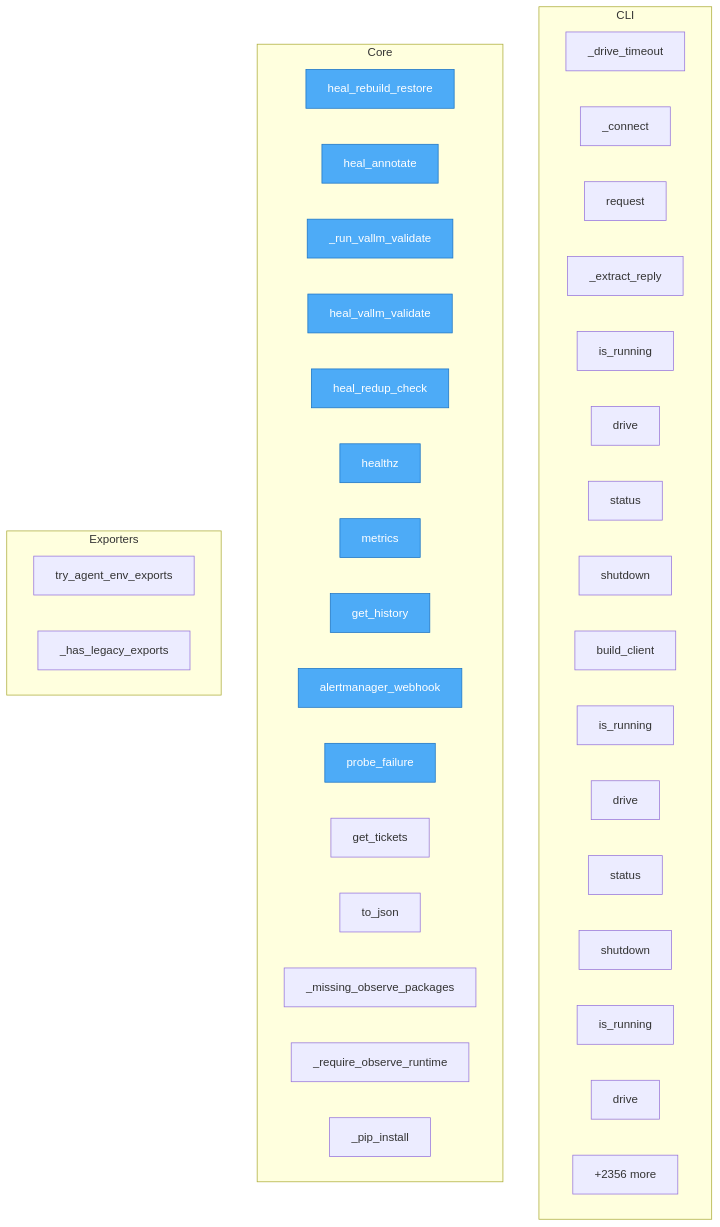
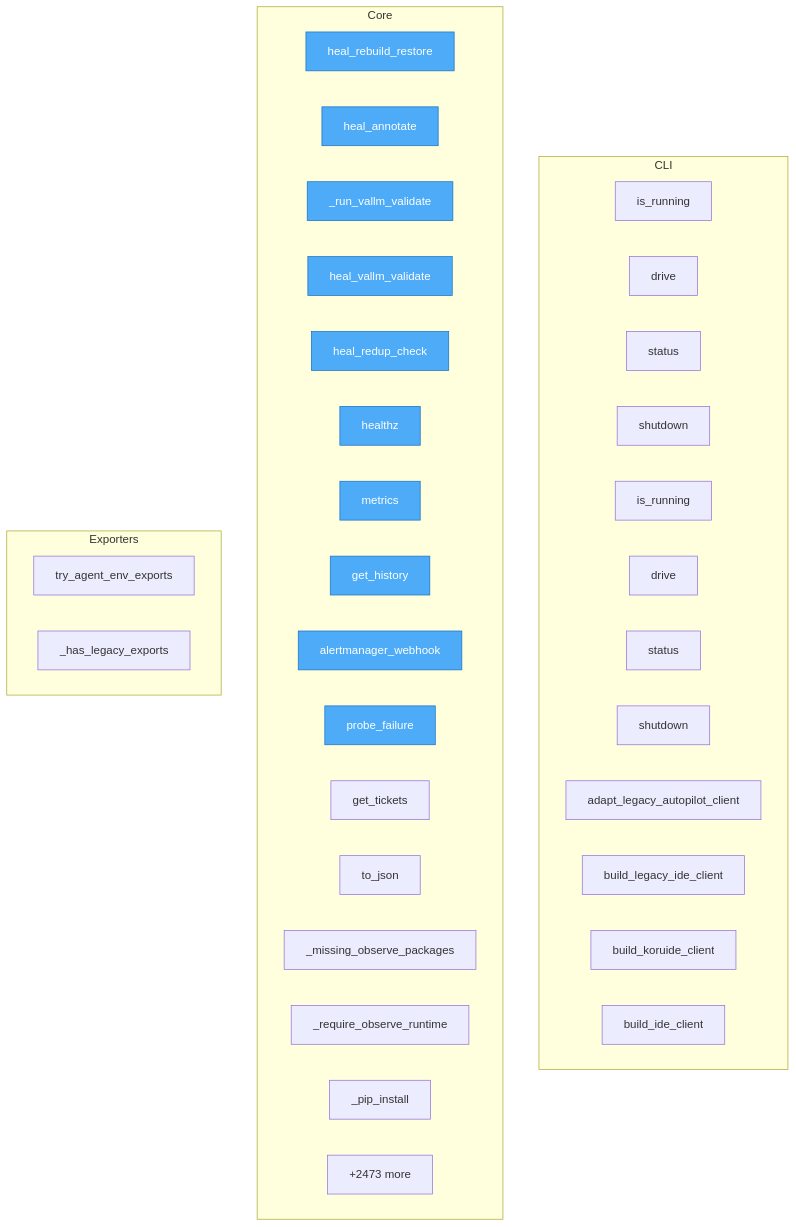
The diagram in project/flow.mmd (semcod/koru), drawn with Mermaid before and after one commit. The commit also changed 39 other files, not shown here.

First line of the commit message:
refactor(R5b): extract handoff command to koru/autopilot/commands/handoff.py

```diff
--- a/project/flow.mmd
+++ b/project/flow.mmd
@@ -1,50 +1,46 @@
 flowchart TD
-%% generated in 0.16s
+%% generated in 0.44s
 
     %% Entry points (blue)
     classDef entry fill:#4dabf7,stroke:#1971c2,color:#fff
 
     subgraph CLI
-        koruide__client__KoruIDEClient___drive_timeout["_drive_timeout"]
-        koruide__client__KoruIDEClient___connect["_connect"]
-        koruide__client__KoruIDEClient__request["request"]
-        koruide__client__KoruIDEClient___extract_reply["_extract_reply"]
-        koruide__client__KoruIDEClient__is_running["is_running"]
-        koruide__client__KoruIDEClient__drive["drive"]
-        koruide__client__KoruIDEClient__status["status"]
-        koruide__client__KoruIDEClient__shutdown["shutdown"]
-        koruide__client__build_client["build_client"]
         koru__ide_client__IDEControlClient__is_running["is_running"]
         koru__ide_client__IDEControlClient__drive["drive"]
         koru__ide_client__IDEControlClient__status["status"]
         koru__ide_client__IDEControlClient__shutdown["shutdown"]
         koru__ide_client__LegacyAutopilotClientAdapter__is_running["is_running"]
         koru__ide_client__LegacyAutopilotClientAdapter__drive["drive"]
-        ...["+6 more"]
+        koru__ide_client__LegacyAutopilotClientAdapter__status["status"]
+        koru__ide_client__LegacyAutopilotClientAdapter__shutdown["shutdown"]
+        koru__ide_client__adapt_legacy_autopilot_client["adapt_legacy_autopilot_client"]
+        koru__ide_client__build_legacy_ide_client["build_legacy_ide_client"]
+        koru__ide_client__build_koruide_client["build_koruide_client"]
+        koru__ide_client__build_ide_client["build_ide_client"]
     end
 
     subgraph Core
         services__healing_webhook__app__heal_rebuild_restore["heal_rebuild_restore"]
         services__healing_webhook__app__heal_annotate["heal_annotate"]
         services__healing_webhook__app___run_vallm_validate["_run_vallm_validate"]
         services__healing_webhook__app__heal_vallm_validate["heal_vallm_validate"]
         services__healing_webhook__app__heal_redup_check["heal_redup_check"]
         services__healing_webhook__app__healthz["healthz"]
         services__healing_webhook__app__metrics["metrics"]
         services__healing_webhook__app__get_history["get_history"]
         services__healing_webhook__app__alertmanager_webhook["alertmanager_webhook"]
         services__healing_webhook__app__probe_failure["probe_failure"]
         services__healing_webhook__app__get_tickets["get_tickets"]
         src__koruobserve__lifecycle__ObserveProcesses__to_json["to_json"]
         src__koruobserve__cli___missing_observe_packages["_missing_observe_packages"]
         src__koruobserve__cli___require_observe_runtime["_require_observe_runtime"]
         src__koruobserve__cli___pip_install["_pip_install"]
-        ...["+2356 more"]
+        ...["+2473 more"]
     end
 
     subgraph Exporters
         src__koru__agent_cli_helpers__try_agent_env_exports["try_agent_env_exports"]
         src__koru__cli___has_legacy_exports["_has_legacy_exports"]
     end
 
     class services__healing_webhook__app__heal_rebuild_restore,services__healing_webhook__app__heal_annotate,services__healing_webhook__app___run_vallm_validate,services__healing_webhook__app__heal_vallm_validate,services__healing_webhook__app__heal_redup_check,services__healing_webhook__app__healthz,services__healing_webhook__app__metrics,services__healing_webhook__app__get_history,services__healing_webhook__app__alertmanager_webhook,services__healing_webhook__app__probe_failure entry
```
